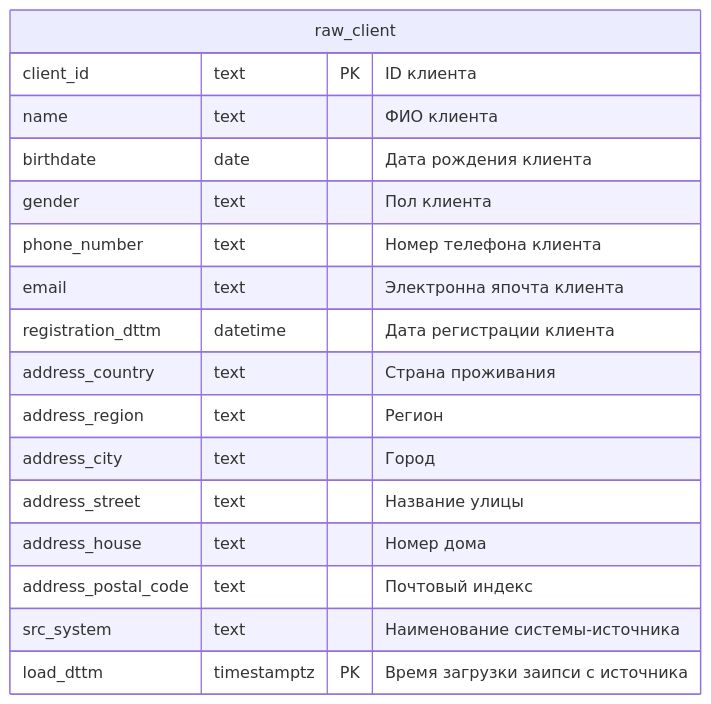
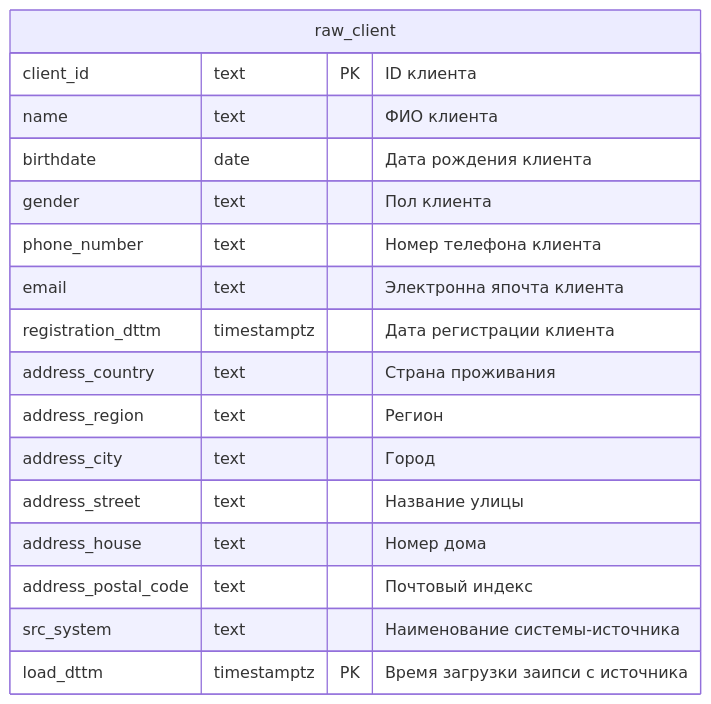
Before and after one commit to vgorbikov/dq-practice: the first of 12 diagrams in docs/db_schema/Сырые данные.md, drawn with Mermaid. The commit also changed other lines of this file and 2 other files, not shown here.

Commit message:
fix db schema

````diff
--- a/docs/db_schema/Сырые данные.md
+++ b/docs/db_schema/Сырые данные.md
@@ -15,22 +15,22 @@
 ```mermaid
 erDiagram
 
 raw_client {
     client_id text PK "ID клиента"
     name text "ФИО клиента"
     birthdate date "Дата рождения клиента"
     gender text "Пол клиента"
     phone_number text "Номер телефона клиента"
     email text "Электронна япочта клиента"
-    registration_dttm datetime "Дата регистрации клиента"
+    registration_dttm timestamptz "Дата регистрации клиента"
     address_country text "Страна проживания"
     address_region text "Регион"
     address_city text "Город"
     address_street text "Название улицы"
     address_house text "Номер дома"
     address_postal_code text "Почтовый индекс"
     src_system text "Наименование системы-источника"
     load_dttm timestamptz PK "Время загрузки заипси с источника"
 }
 
 ```
````
